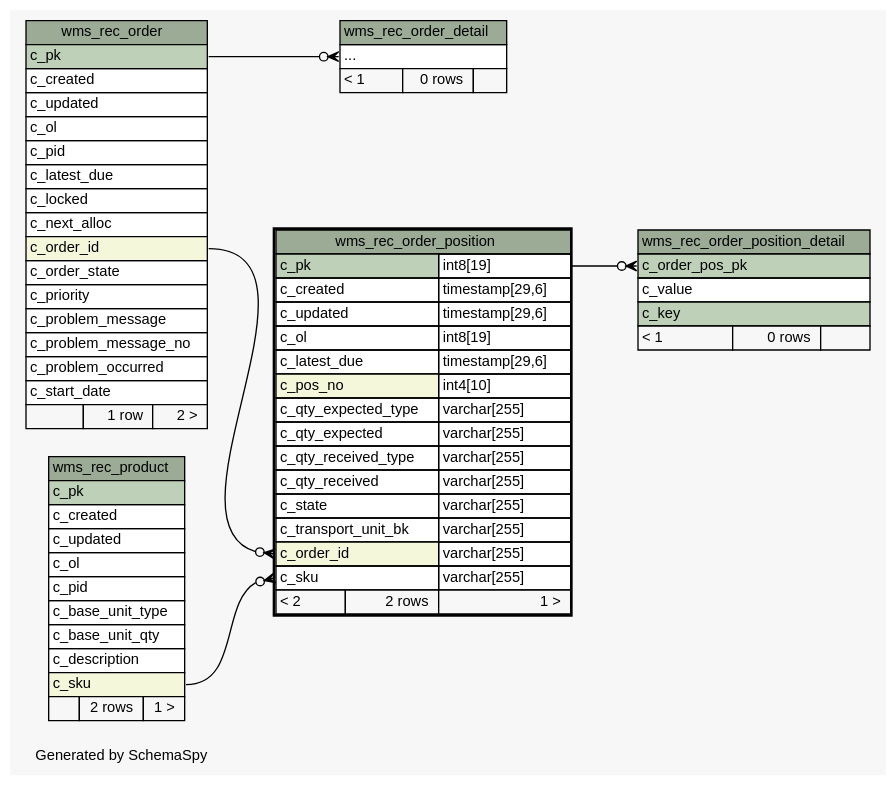
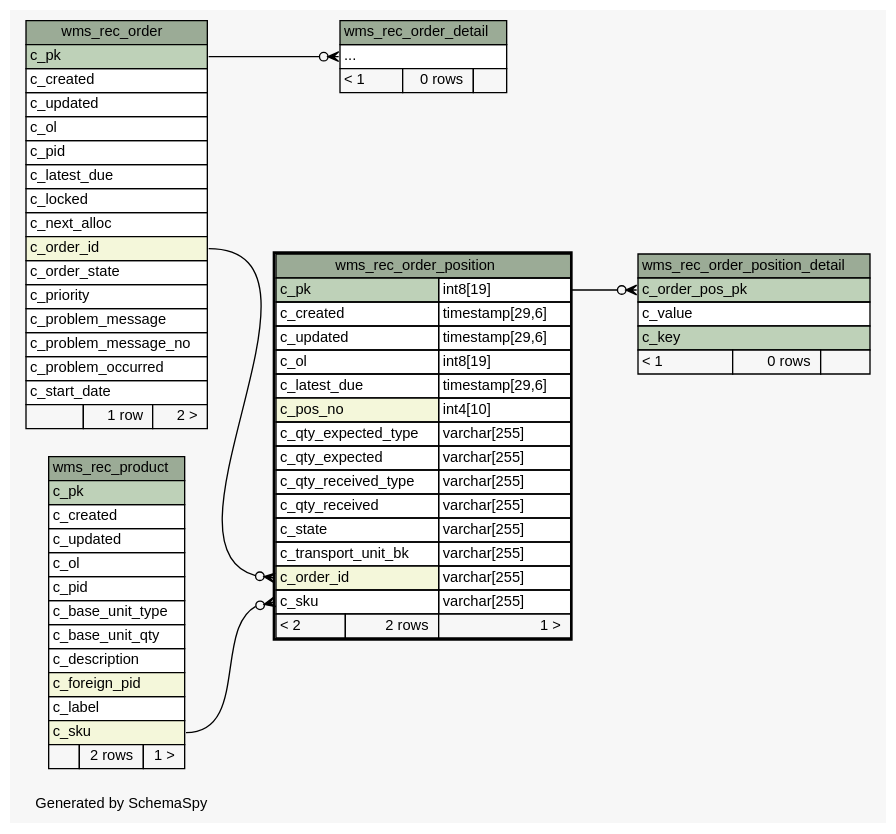
The diagram in 1.0.0-SNAPSHOT/schemaspy/diagrams/wms_rec_order_position.2degrees.dot (openwms/org.openwms.wms.receiving.lib), drawn with Graphviz before and after one commit. The commit also changed 276 other files, not shown here.

```diff
--- a/1.0.0-SNAPSHOT/schemaspy/diagrams/wms_rec_order_position.2degrees.dot
+++ b/1.0.0-SNAPSHOT/schemaspy/diagrams/wms_rec_order_position.2degrees.dot
@@ -1,113 +1,115 @@
 // dot 2.43.0 on Linux 5.8.0-1039-azure
 // SchemaSpy rev Unknown
 digraph "twoDegreesRelationshipsDiagram" {
   graph [
     rankdir="RL"
     bgcolor="#f7f7f7"
     label="\nGenerated by SchemaSpy"
     labeljust="l"
     nodesep="0.18"
     ranksep="0.46"
     fontname="Helvetica"
     fontsize="11"
   ];
   node [
     fontname="Helvetica"
     fontsize="11"
     shape="plaintext"
   ];
   edge [
     arrowsize="0.8"
   ];
   "wms_rec_order_detail":"elipses":w -> "wms_rec_order":"c_pk":e [arrowhead=none dir=back arrowtail=crowodot];
   "wms_rec_order_position":"c_order_id":w -> "wms_rec_order":"c_order_id":e [arrowhead=none dir=back arrowtail=crowodot];
   "wms_rec_order_position":"c_sku":w -> "wms_rec_product":"c_sku":e [arrowhead=none dir=back arrowtail=crowodot];
   "wms_rec_order_position_detail":"c_order_pos_pk":w -> "wms_rec_order_position":"c_pk.type":e [arrowhead=none dir=back arrowtail=crowodot];
   "wms_rec_order" [
     label=<
     <TABLE BORDER="0" CELLBORDER="1" CELLSPACING="0" BGCOLOR="#ffffff">
       <TR><TD COLSPAN="3" BGCOLOR="#9bab96" ALIGN="CENTER">wms_rec_order</TD></TR>
       <TR><TD PORT="c_pk" COLSPAN="3" BGCOLOR="#bed1b8" ALIGN="LEFT">c_pk</TD></TR>
       <TR><TD PORT="c_created" COLSPAN="3" ALIGN="LEFT">c_created</TD></TR>
       <TR><TD PORT="c_updated" COLSPAN="3" ALIGN="LEFT">c_updated</TD></TR>
       <TR><TD PORT="c_ol" COLSPAN="3" ALIGN="LEFT">c_ol</TD></TR>
       <TR><TD PORT="c_pid" COLSPAN="3" ALIGN="LEFT">c_pid</TD></TR>
       <TR><TD PORT="c_latest_due" COLSPAN="3" ALIGN="LEFT">c_latest_due</TD></TR>
       <TR><TD PORT="c_locked" COLSPAN="3" ALIGN="LEFT">c_locked</TD></TR>
       <TR><TD PORT="c_next_alloc" COLSPAN="3" ALIGN="LEFT">c_next_alloc</TD></TR>
       <TR><TD PORT="c_order_id" COLSPAN="3" BGCOLOR="#f4f7da" ALIGN="LEFT">c_order_id</TD></TR>
       <TR><TD PORT="c_order_state" COLSPAN="3" ALIGN="LEFT">c_order_state</TD></TR>
       <TR><TD PORT="c_priority" COLSPAN="3" ALIGN="LEFT">c_priority</TD></TR>
       <TR><TD PORT="c_problem_message" COLSPAN="3" ALIGN="LEFT">c_problem_message</TD></TR>
       <TR><TD PORT="c_problem_message_no" COLSPAN="3" ALIGN="LEFT">c_problem_message_no</TD></TR>
       <TR><TD PORT="c_problem_occurred" COLSPAN="3" ALIGN="LEFT">c_problem_occurred</TD></TR>
       <TR><TD PORT="c_start_date" COLSPAN="3" ALIGN="LEFT">c_start_date</TD></TR>
       <TR><TD ALIGN="LEFT" BGCOLOR="#f7f7f7">  </TD><TD ALIGN="RIGHT" BGCOLOR="#f7f7f7">1 row</TD><TD ALIGN="RIGHT" BGCOLOR="#f7f7f7">2 &gt;</TD></TR>
     </TABLE>>
     URL="wms_rec_order.html"
     tooltip="wms_rec_order"
   ];
   "wms_rec_order_detail" [
     label=<
     <TABLE BORDER="0" CELLBORDER="1" CELLSPACING="0" BGCOLOR="#ffffff">
       <TR><TD COLSPAN="3" BGCOLOR="#9bab96" ALIGN="CENTER">wms_rec_order_detail</TD></TR>
       <TR><TD PORT="elipses" COLSPAN="3" ALIGN="LEFT">...</TD></TR>
       <TR><TD ALIGN="LEFT" BGCOLOR="#f7f7f7">&lt; 1</TD><TD ALIGN="RIGHT" BGCOLOR="#f7f7f7">0 rows</TD><TD ALIGN="RIGHT" BGCOLOR="#f7f7f7">  </TD></TR>
     </TABLE>>
     URL="wms_rec_order_detail.html"
     tooltip="wms_rec_order_detail"
   ];
   "wms_rec_order_position" [
     label=<
     <TABLE BORDER="2" CELLBORDER="1" CELLSPACING="0" BGCOLOR="#ffffff">
       <TR><TD COLSPAN="3" BGCOLOR="#9bab96" ALIGN="CENTER">wms_rec_order_position</TD></TR>
       <TR><TD PORT="c_pk" COLSPAN="2" BGCOLOR="#bed1b8" ALIGN="LEFT">c_pk</TD><TD PORT="c_pk.type" ALIGN="LEFT">int8[19]</TD></TR>
       <TR><TD PORT="c_created" COLSPAN="2" ALIGN="LEFT">c_created</TD><TD PORT="c_created.type" ALIGN="LEFT">timestamp[29,6]</TD></TR>
       <TR><TD PORT="c_updated" COLSPAN="2" ALIGN="LEFT">c_updated</TD><TD PORT="c_updated.type" ALIGN="LEFT">timestamp[29,6]</TD></TR>
       <TR><TD PORT="c_ol" COLSPAN="2" ALIGN="LEFT">c_ol</TD><TD PORT="c_ol.type" ALIGN="LEFT">int8[19]</TD></TR>
       <TR><TD PORT="c_latest_due" COLSPAN="2" ALIGN="LEFT">c_latest_due</TD><TD PORT="c_latest_due.type" ALIGN="LEFT">timestamp[29,6]</TD></TR>
       <TR><TD PORT="c_pos_no" COLSPAN="2" BGCOLOR="#f4f7da" ALIGN="LEFT">c_pos_no</TD><TD PORT="c_pos_no.type" ALIGN="LEFT">int4[10]</TD></TR>
       <TR><TD PORT="c_qty_expected_type" COLSPAN="2" ALIGN="LEFT">c_qty_expected_type</TD><TD PORT="c_qty_expected_type.type" ALIGN="LEFT">varchar[255]</TD></TR>
       <TR><TD PORT="c_qty_expected" COLSPAN="2" ALIGN="LEFT">c_qty_expected</TD><TD PORT="c_qty_expected.type" ALIGN="LEFT">varchar[255]</TD></TR>
       <TR><TD PORT="c_qty_received_type" COLSPAN="2" ALIGN="LEFT">c_qty_received_type</TD><TD PORT="c_qty_received_type.type" ALIGN="LEFT">varchar[255]</TD></TR>
       <TR><TD PORT="c_qty_received" COLSPAN="2" ALIGN="LEFT">c_qty_received</TD><TD PORT="c_qty_received.type" ALIGN="LEFT">varchar[255]</TD></TR>
       <TR><TD PORT="c_state" COLSPAN="2" ALIGN="LEFT">c_state</TD><TD PORT="c_state.type" ALIGN="LEFT">varchar[255]</TD></TR>
       <TR><TD PORT="c_transport_unit_bk" COLSPAN="2" ALIGN="LEFT">c_transport_unit_bk</TD><TD PORT="c_transport_unit_bk.type" ALIGN="LEFT">varchar[255]</TD></TR>
       <TR><TD PORT="c_order_id" COLSPAN="2" BGCOLOR="#f4f7da" ALIGN="LEFT">c_order_id</TD><TD PORT="c_order_id.type" ALIGN="LEFT">varchar[255]</TD></TR>
       <TR><TD PORT="c_sku" COLSPAN="2" ALIGN="LEFT">c_sku</TD><TD PORT="c_sku.type" ALIGN="LEFT">varchar[255]</TD></TR>
       <TR><TD ALIGN="LEFT" BGCOLOR="#f7f7f7">&lt; 2</TD><TD ALIGN="RIGHT" BGCOLOR="#f7f7f7">2 rows</TD><TD ALIGN="RIGHT" BGCOLOR="#f7f7f7">1 &gt;</TD></TR>
     </TABLE>>
     URL="wms_rec_order_position.html"
     tooltip="wms_rec_order_position"
   ];
   "wms_rec_order_position_detail" [
     label=<
     <TABLE BORDER="0" CELLBORDER="1" CELLSPACING="0" BGCOLOR="#ffffff">
       <TR><TD COLSPAN="3" BGCOLOR="#9bab96" ALIGN="CENTER">wms_rec_order_position_detail</TD></TR>
       <TR><TD PORT="c_order_pos_pk" COLSPAN="3" BGCOLOR="#bed1b8" ALIGN="LEFT">c_order_pos_pk</TD></TR>
       <TR><TD PORT="c_value" COLSPAN="3" ALIGN="LEFT">c_value</TD></TR>
       <TR><TD PORT="c_key" COLSPAN="3" BGCOLOR="#bed1b8" ALIGN="LEFT">c_key</TD></TR>
       <TR><TD ALIGN="LEFT" BGCOLOR="#f7f7f7">&lt; 1</TD><TD ALIGN="RIGHT" BGCOLOR="#f7f7f7">0 rows</TD><TD ALIGN="RIGHT" BGCOLOR="#f7f7f7">  </TD></TR>
     </TABLE>>
     URL="wms_rec_order_position_detail.html"
     tooltip="wms_rec_order_position_detail"
   ];
   "wms_rec_product" [
     label=<
     <TABLE BORDER="0" CELLBORDER="1" CELLSPACING="0" BGCOLOR="#ffffff">
       <TR><TD COLSPAN="3" BGCOLOR="#9bab96" ALIGN="CENTER">wms_rec_product</TD></TR>
       <TR><TD PORT="c_pk" COLSPAN="3" BGCOLOR="#bed1b8" ALIGN="LEFT">c_pk</TD></TR>
       <TR><TD PORT="c_created" COLSPAN="3" ALIGN="LEFT">c_created</TD></TR>
       <TR><TD PORT="c_updated" COLSPAN="3" ALIGN="LEFT">c_updated</TD></TR>
       <TR><TD PORT="c_ol" COLSPAN="3" ALIGN="LEFT">c_ol</TD></TR>
       <TR><TD PORT="c_pid" COLSPAN="3" ALIGN="LEFT">c_pid</TD></TR>
       <TR><TD PORT="c_base_unit_type" COLSPAN="3" ALIGN="LEFT">c_base_unit_type</TD></TR>
       <TR><TD PORT="c_base_unit_qty" COLSPAN="3" ALIGN="LEFT">c_base_unit_qty</TD></TR>
       <TR><TD PORT="c_description" COLSPAN="3" ALIGN="LEFT">c_description</TD></TR>
+      <TR><TD PORT="c_foreign_pid" COLSPAN="3" BGCOLOR="#f4f7da" ALIGN="LEFT">c_foreign_pid</TD></TR>
+      <TR><TD PORT="c_label" COLSPAN="3" ALIGN="LEFT">c_label</TD></TR>
       <TR><TD PORT="c_sku" COLSPAN="3" BGCOLOR="#f4f7da" ALIGN="LEFT">c_sku</TD></TR>
       <TR><TD ALIGN="LEFT" BGCOLOR="#f7f7f7">  </TD><TD ALIGN="RIGHT" BGCOLOR="#f7f7f7">2 rows</TD><TD ALIGN="RIGHT" BGCOLOR="#f7f7f7">1 &gt;</TD></TR>
     </TABLE>>
     URL="wms_rec_product.html"
     tooltip="wms_rec_product"
   ];
 }
```
